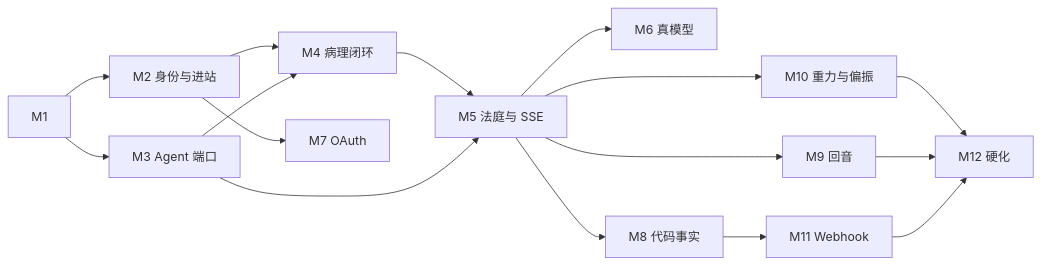
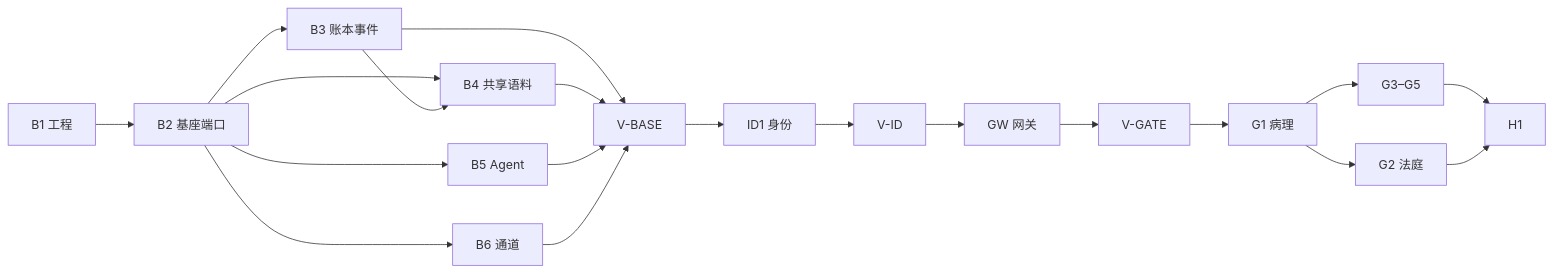
Before and after one commit to Irisa-sys/Irisa: the diagram in docs/platform/diagrams/plan-milestones.mmd, drawn with Mermaid. The commit also changed 88 other files, not shown here.

```diff
--- a/docs/platform/diagrams/plan-milestones.mmd
+++ b/docs/platform/diagrams/plan-milestones.mmd
@@ -1,16 +1,20 @@
 flowchart LR
-    M1 --> M2[M2 身份与进站]
-    M1 --> M3[M3 Agent 端口]
-    M2 --> M4[M4 病理闭环]
-    M3 --> M4
-    M4 --> M5[M5 法庭与 SSE]
-    M3 --> M5
-    M5 --> M6[M6 真模型]
-    M2 --> M7[M7 OAuth]
-    M5 --> M8[M8 代码事实]
-    M5 --> M9[M9 回音]
-    M5 --> M10[M10 重力与偏振]
-    M8 --> M11[M11 Webhook]
-    M10 --> M12[M12 硬化]
-    M9 --> M12
-    M11 --> M12
+    B1[B1 工程] --> B2[B2 基座端口]
+    B2 --> B3[B3 账本事件]
+    B2 --> B4[B4 共享语料]
+    B2 --> B5[B5 Agent]
+    B2 --> B6[B6 通道]
+    B3 --> B4
+    B3 --> V[V-BASE]
+    B4 --> V
+    B5 --> V
+    B6 --> V
+    V --> ID[ID1 身份]
+    ID --> VID[V-ID]
+    VID --> GW[GW 网关]
+    GW --> VG[V-GATE]
+    VG --> G1[G1 病理]
+    G1 --> G2[G2 法庭]
+    G1 --> G3[G3–G5]
+    G3 --> H1[H1]
+    G2 --> H1
```
